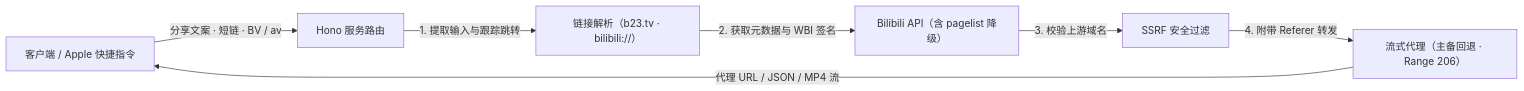
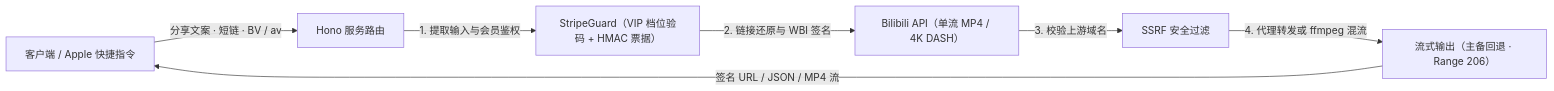
The diagram in README.md (fwqaaq/icloudBili), drawn with Mermaid before and after one commit. The commit also changed other lines of this file and 18 other files, not shown here.

First line of the commit message:
feat: add DASH muxer implementation and Stripe license guard

````diff
--- a/README.md
+++ b/README.md
@@ -44,9 +46,9 @@
 ```mermaid
 flowchart LR
     Client["客户端 / Apple 快捷指令"] -->|"分享文案 · 短链 · BV / av"| Router["Hono 服务路由"]
-    Router -->|"1. 提取输入与跟踪跳转"| Resolver["链接解析（b23.tv · bilibili://）"]
-    Resolver -->|"2. 获取元数据与 WBI 签名"| BiliAPI["Bilibili API（含 pagelist 降级）"]
+    Router -->|"1. 提取输入与会员鉴权"| Guard["StripeGuard（VIP 档位验码 + HMAC 票据）"]
+    Guard -->|"2. 链接还原与 WBI 签名"| BiliAPI["Bilibili API（单流 MP4 / 4K DASH）"]
     BiliAPI -->|"3. 校验上游域名"| Security["SSRF 安全过滤"]
-    Security -->|"4. 附带 Referer 转发"| Proxy["流式代理（主备回退 · Range 206）"]
-    Proxy -->|"代理 URL / JSON / MP4 流"| Client
+    Security -->|"4. 代理转发或 ffmpeg 混流"| Proxy["流式输出（主备回退 · Range 206）"]
+    Proxy -->|"签名 URL / JSON / MP4 流"| Client
 ```
````
